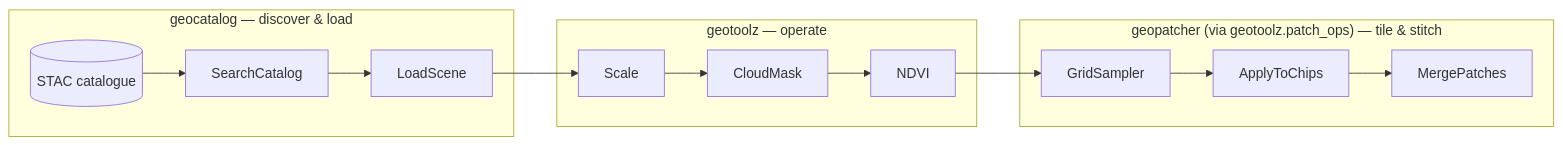
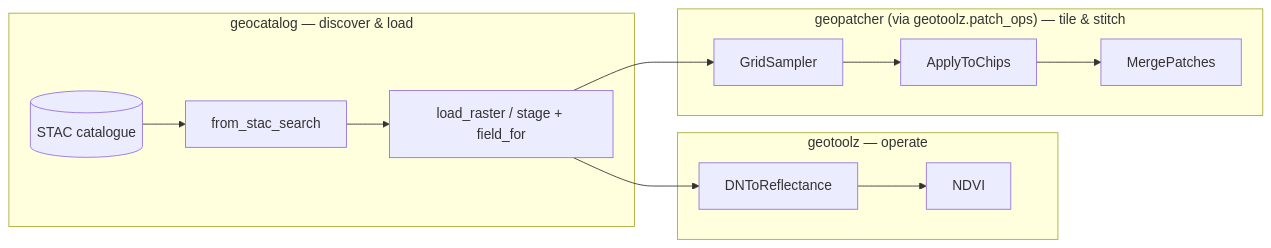
The diagram in docs/recipes/integration-with-geocatalog-and-geopatcher.md (jejjohnson/geotoolz), drawn with Mermaid before and after one commit. The commit also changed other lines of this file and 53 other files, not shown here.

````diff
--- a/docs/recipes/integration-with-geocatalog-and-geopatcher.md
+++ b/docs/recipes/integration-with-geocatalog-and-geopatcher.md
@@ -7,15 +7,15 @@
 ```mermaid
 flowchart LR
     subgraph cat["geocatalog — discover &amp; load"]
-        STAC[(STAC catalogue)] --> Search[SearchCatalog]
-        Search --> Load[LoadScene]
+        STAC[(STAC catalogue)] --> Search[from_stac_search]
+        Search --> Load[load_raster / stage + field_for]
     end
     subgraph tools["geotoolz — operate"]
-        Sc[Scale] --> Cm[CloudMask] --> Nv[NDVI]
+        Sc[DNToReflectance] --> Nv[NDVI]
     end
     subgraph patch["geopatcher (via geotoolz.patch_ops) — tile &amp; stitch"]
         GS[GridSampler] --> AC[ApplyToChips] --> St[MergePatches]
     end
     Load --> Sc
-    Nv --> GS
+    Load --> GS
 ```
````
